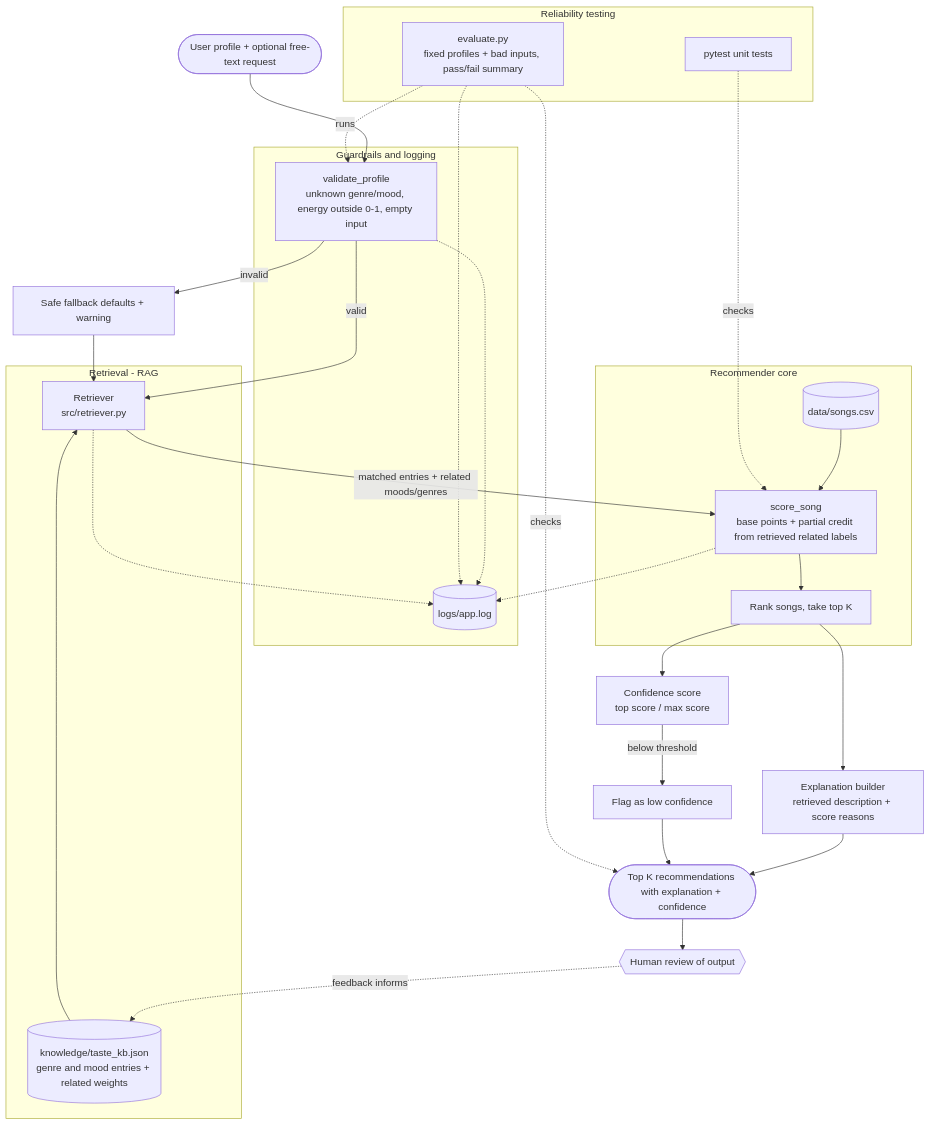
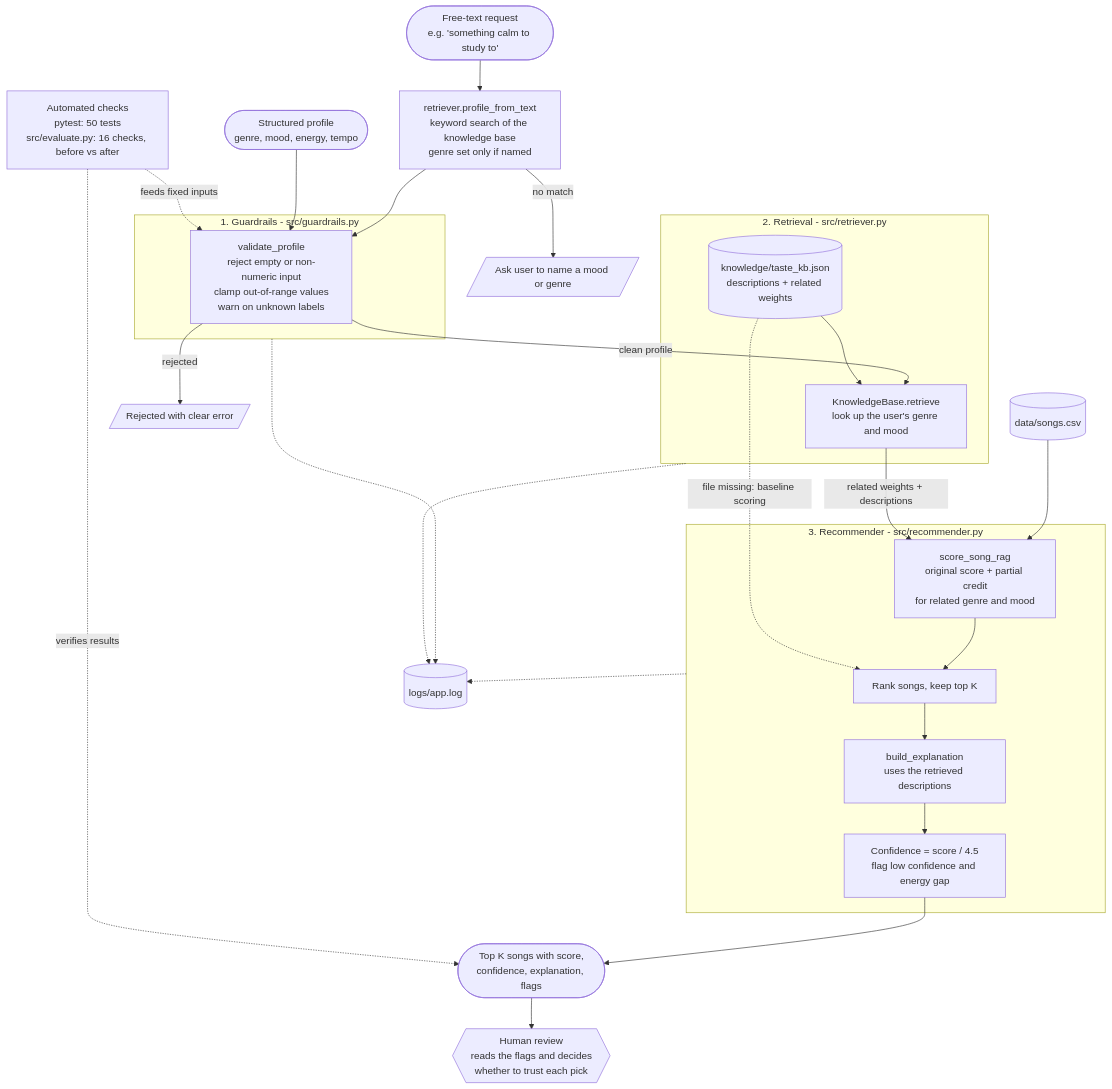
The diagram in diagrams/architecture.mmd (Kissa530/applied-ai-system-project), drawn with Mermaid before and after one commit. The commit also changed 1 other file, not shown here.

Commit message:
Update architecture diagram to match final code

```diff
--- a/diagrams/architecture.mmd
+++ b/diagrams/architecture.mmd
@@ -1,49 +1,45 @@
 flowchart TD
-    U([User profile + optional free-text request]) --> V
+    IN1([Structured profile<br/>genre, mood, energy, tempo])
+    IN2([Free-text request<br/>e.g. 'something calm to study to'])
 
-    subgraph GUARD[Guardrails and logging]
-        V[validate_profile<br/>unknown genre/mood, energy outside 0-1, empty input]
-        LOG[(logs/app.log)]
+    IN2 --> PFT["retriever.profile_from_text<br/>keyword search of the knowledge base<br/>genre set only if named"]
+    PFT -- no match --> NOMATCH[/"Ask user to name a mood or genre"/]
+    PFT --> VAL
+    IN1 --> VAL
+
+    subgraph GUARD["1. Guardrails - src/guardrails.py"]
+        VAL["validate_profile<br/>reject empty or non-numeric input<br/>clamp out-of-range values<br/>warn on unknown labels"]
     end
 
-    V -- invalid --> FB[Safe fallback defaults + warning]
-    FB --> R
-    V -- valid --> R
+    VAL -- rejected --> REJ[/"Rejected with clear error"/]
+    VAL -- "clean profile" --> RET
 
-    subgraph RAG[Retrieval - RAG]
-        KB[(knowledge/taste_kb.json<br/>genre and mood entries + related weights)]
-        R[Retriever<br/>src/retriever.py]
-        KB --> R
+    subgraph RAG["2. Retrieval - src/retriever.py"]
+        KB[("knowledge/taste_kb.json<br/>descriptions + related weights")]
+        RET["KnowledgeBase.retrieve<br/>look up the user's genre and mood"]
+        KB --> RET
     end
 
-    R -- matched entries + related moods/genres --> S
-
-    subgraph CORE[Recommender core]
-        CSV[(data/songs.csv)]
-        S[score_song<br/>base points + partial credit from retrieved related labels]
-        RK[Rank songs, take top K]
-        CSV --> S --> RK
+    subgraph CORE["3. Recommender - src/recommender.py"]
+        SC["score_song_rag<br/>original score + partial credit<br/>for related genre and mood"]
+        RANK["Rank songs, keep top K"]
+        EXPL["build_explanation<br/>uses the retrieved descriptions"]
+        CONF["Confidence = score / 4.5<br/>flag low confidence and energy gap"]
+        SC --> RANK --> EXPL --> CONF
     end
 
-    RK --> E[Explanation builder<br/>retrieved description + score reasons]
-    RK --> C[Confidence score<br/>top score / max score]
-    C -- below threshold --> LC[Flag as low confidence]
-    E --> OUT([Top K recommendations with explanation + confidence])
-    LC --> OUT
+    CSV[("data/songs.csv")] --> SC
+    RET -- "related weights + descriptions" --> SC
+    KB -. "file missing: baseline scoring" .-> RANK
 
-    OUT --> H{{Human review of output}}
+    CONF --> OUT([Top K songs with score,<br/>confidence, explanation, flags])
+    OUT --> HUMAN{{"Human review<br/>reads the flags and decides<br/>whether to trust each pick"}}
 
-    subgraph EVAL[Reliability testing]
-        T[evaluate.py<br/>fixed profiles + bad inputs, pass/fail summary]
-        PT[pytest unit tests]
-    end
+    TESTS["Automated checks<br/>pytest: 50 tests<br/>src/evaluate.py: 16 checks, before vs after"]
+    TESTS -. "feeds fixed inputs" .-> VAL
+    TESTS -. "verifies results" .-> OUT
 
-    T -. runs .-> V
-    T -. checks .-> OUT
-    PT -. checks .-> S
-    H -. feedback informs .-> KB
-
-    V -.-> LOG
-    R -.-> LOG
-    S -.-> LOG
-    T -.-> LOG
+    LOG[("logs/app.log")]
+    GUARD -.-> LOG
+    RAG -.-> LOG
+    CORE -.-> LOG
```
